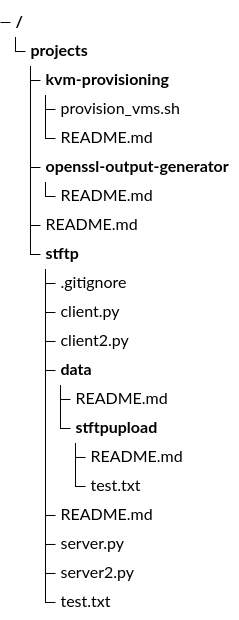
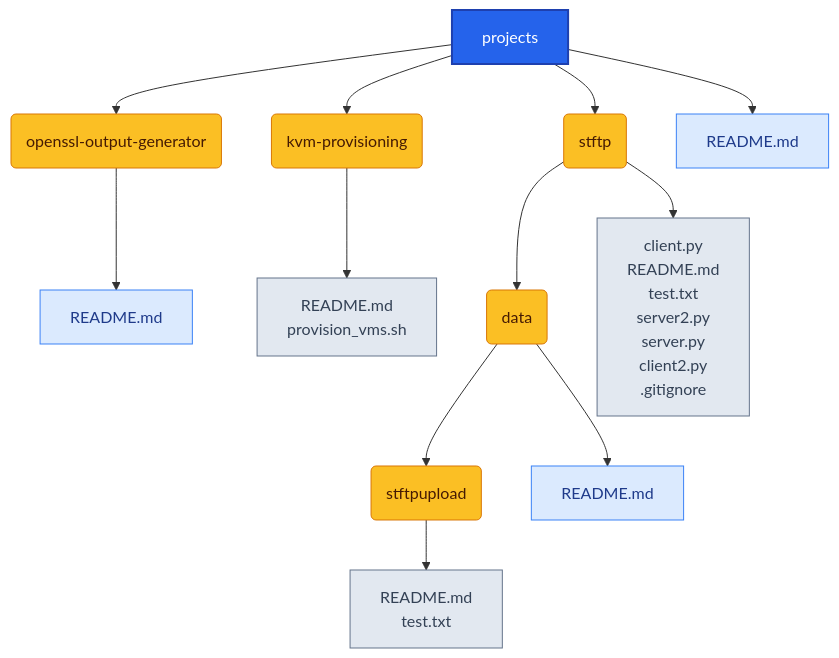
Before and after one commit to Richie086/scripts-public: the diagram in projects/README.md, drawn with Mermaid. The commit also changed other lines of this file and 27 other files, not shown here.

First line of the commit message:
Integrate dirtree-chart with sanitized styling and auto catalog updates.

````diff
--- a/projects/README.md
+++ b/projects/README.md
@@ -11,23 +11,18 @@
 ```mermaid
-treeView-beta
-projects/
-  kvm-provisioning/
-    provision_vms.sh
-    README.md
-  openssl-output-generator/
-    README.md
-  README.md
-  stftp/
-    .gitignore
-    client.py
-    client2.py
-    data/
-      README.md
-      stftpupload/
-        README.md
-        test.txt
-    README.md
-    server.py
-    server2.py
-    test.txt
+graph TD
+	root["projects"]:::root --> n1("openssl-output-generator"):::folder
+	root["projects"]:::root --> n2("kvm-provisioning"):::folder
+	root["projects"]:::root --> n3("stftp"):::folder
+	root["projects"]:::root --> n4["README.md"]:::file-md
+	n1 --> n1_1["README.md"]:::file-md
+	n3 --> n3_1("data"):::folder
+	n2 --> n2_2["README.md<br>provision_vms.sh"]:::file-bundle
+	n3 --> n3_8["client.py<br>README.md<br>test.txt<br>server2.py<br>server.py<br>client2.py<br>.gitignore"]:::file-bundle
+	n3_1 --> n3_1_1("stftpupload"):::folder
+	n3_1 --> n3_1_2["README.md"]:::file-md
+	n3_1_1 --> n3_1_1_2["README.md<br>test.txt"]:::file-bundle
+classDef root fill:#2563eb,stroke:#1e40af,stroke-width:2px,color:#ffffff;
+classDef folder fill:#fbbf24,stroke:#d97706,stroke-width:1px,color:#451a03;
+classDef file-bundle fill:#e2e8f0,stroke:#64748b,stroke-width:1px,color:#334155;
+classDef file-md fill:#dbeafe,stroke:#3b82f6,stroke-width:1px,color:#1e3a8a;
 ```
````
